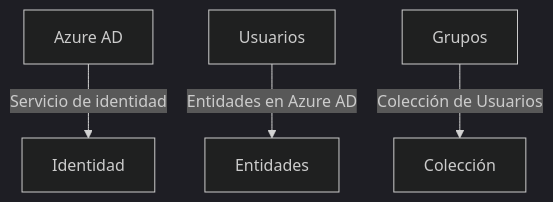
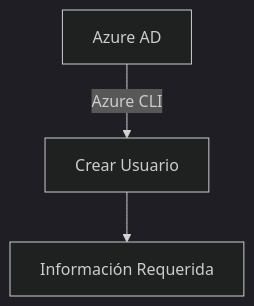
The second of 6 diagrams in Crear Usuarios y Grupos en Azure AD.md (fedesantamarina/az-104), drawn with Mermaid (dark theme) before and after one commit. The commit also changed other lines of this file, not shown here.

````diff
--- a/Crear Usuarios y Grupos en Azure AD.md
+++ b/Crear Usuarios y Grupos en Azure AD.md
@@ -19,6 +30,5 @@
 ```mermaid
-graph TD;
-  A1[Azure AD] -->|Servicio de identidad| A2[Identidad]
-  B1[Usuarios] -->|Entidades en Azure AD| B2[Entidades]
-  C1[Grupos] -->|Colección de Usuarios| C2[Colección]
+graph TD
+  A[Azure AD] -->|Azure CLI| B[Crear Usuario]
+  B --> C[Información Requerida]
 ```
````
